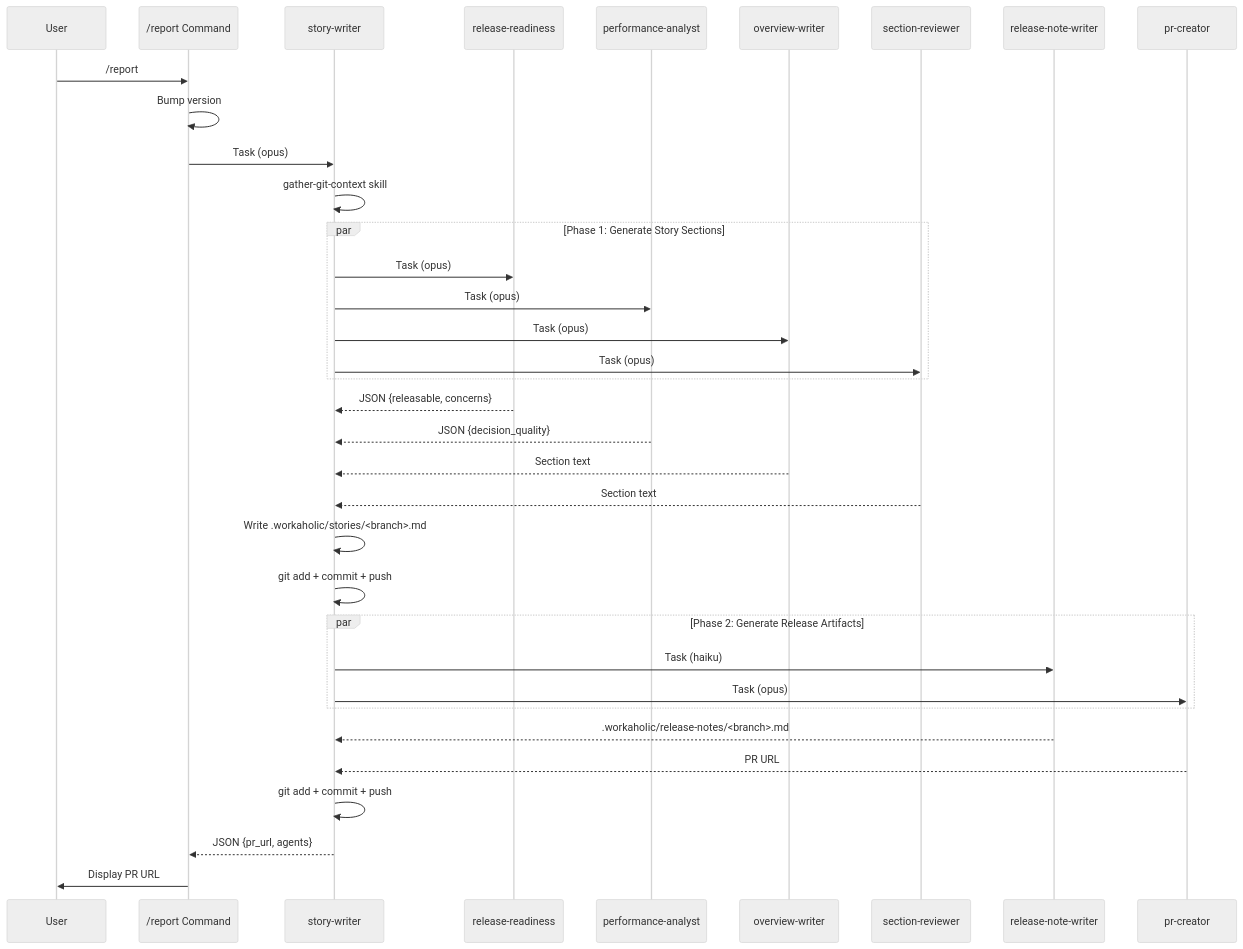
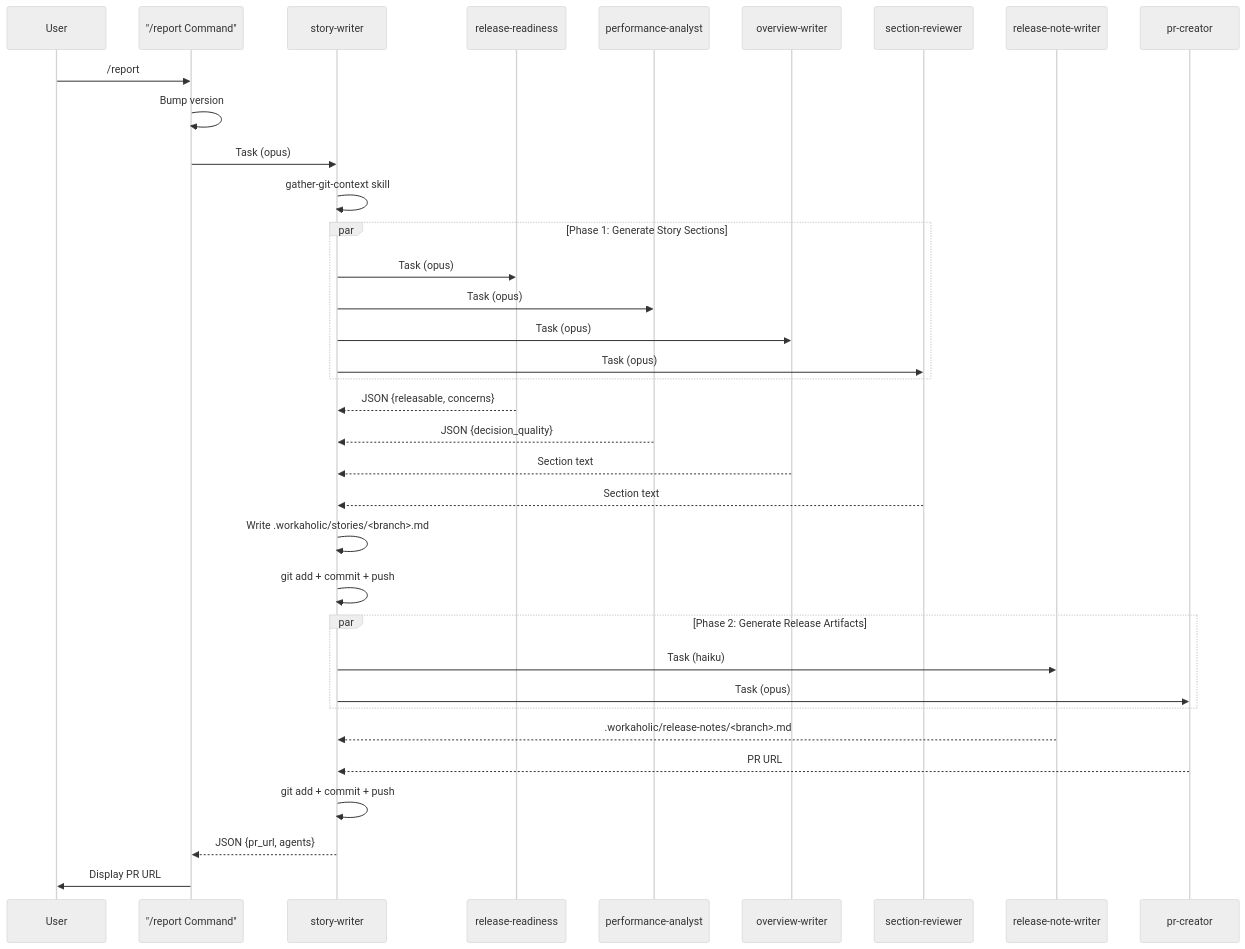
One commit to qmu/workaholic changed the fourth of 9 diagrams in .workaholic/specs/application.md. Above: the diagram before and after it, drawn with Mermaid (neutral theme). The commit also changed other lines of this file and 36 other files, not shown here.

````diff
--- a/.workaholic/specs/application.md
+++ b/.workaholic/specs/application.md
@@ -123,44 +139,44 @@
 ```mermaid
 sequenceDiagram
     participant User
-    participant report as /report Command
+    participant report as "/report Command"
     participant sw as story-writer
     participant rr as release-readiness
     participant pa as performance-analyst
     participant ow as overview-writer
     participant sr as section-reviewer
     participant rnw as release-note-writer
     participant pc as pr-creator
 
     User->>report: /report
     report->>report: Bump version
     report->>sw: Task (opus)
     sw->>sw: gather-git-context skill
 
     par Phase 1: Generate Story Sections
         sw->>rr: Task (opus)
         sw->>pa: Task (opus)
         sw->>ow: Task (opus)
         sw->>sr: Task (opus)
     end
 
     rr-->>sw: JSON {releasable, concerns}
     pa-->>sw: JSON {decision_quality}
     ow-->>sw: Section text
     sr-->>sw: Section text
 
     sw->>sw: Write .workaholic/stories/<branch>.md
     sw->>sw: git add + commit + push
 
     par Phase 2: Generate Release Artifacts
         sw->>rnw: Task (haiku)
         sw->>pc: Task (opus)
     end
 
     rnw-->>sw: .workaholic/release-notes/<branch>.md
     pc-->>sw: PR URL
 
     sw->>sw: git add + commit + push
     sw-->>report: JSON {pr_url, agents}
     report->>User: Display PR URL
 ```
````
